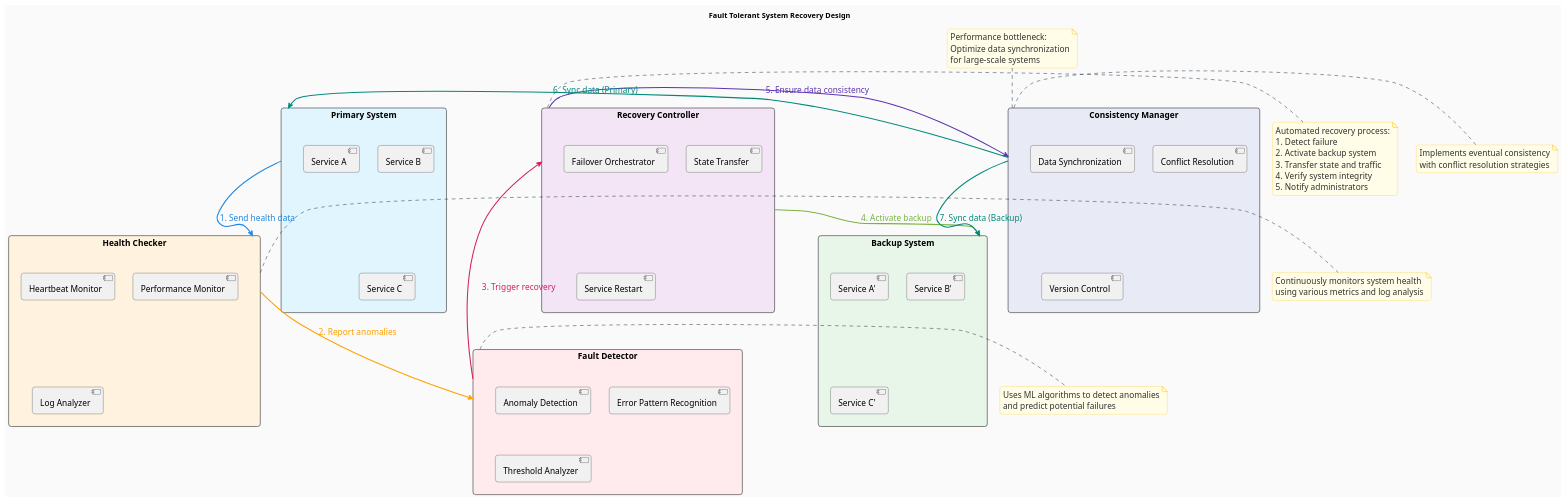
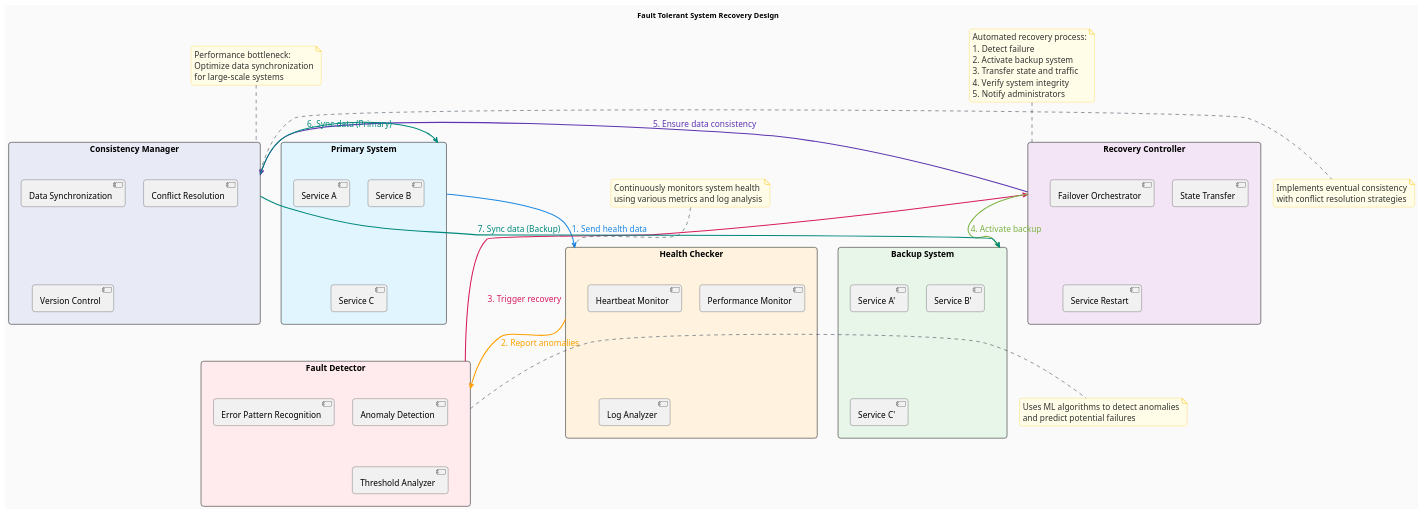
The diagram in fault_tolerant_and_high_availability_system_design.puml (huangyingw/system_design), drawn with PlantUML before and after one commit.

```diff
--- a/fault_tolerant_and_high_availability_system_design.puml
+++ b/fault_tolerant_and_high_availability_system_design.puml
@@ -1,106 +1,106 @@
 @startuml Fault Tolerant System Recovery Design
 
 allowmixing
 !pragma layout dot
 
 skinparam {
     backgroundColor #FAFAFA
     handwritten false
     defaultFontName Arial
     defaultFontSize 16
     roundcorner 10
     shadowing false
     ArrowColor #2C3E50
     ActorBorderColor #2C3E50
     LifeLineBorderColor #2C3E50
     LifeLineBackgroundColor #A9DCDF
     ParticipantBorderColor #2C3E50
     ParticipantBackgroundColor #A9DCDF
     ParticipantFontName Arial
     ParticipantFontSize 12
     ParticipantFontColor #2C3E50
     ActorBackgroundColor #A9DCDF
     ActorFontColor #2C3E50
     ActorFontSize 12
     ActorFontName Arial
     NoteFontName Arial
     NoteFontSize 16
     NoteFontColor #333333
     NoteBackgroundColor #FFFDE7
     NoteBorderColor #FFC107
 }
 
 title Fault Tolerant System Recovery Design
 
 rectangle "Primary System" as Primary #E1F5FE {
     component "Service A" as ServiceA
     component "Service B" as ServiceB
     component "Service C" as ServiceC
 }
 
 rectangle "Backup System" as Backup #E8F5E9 {
     component "Service A'" as ServiceA_Backup
     component "Service B'" as ServiceB_Backup
     component "Service C'" as ServiceC_Backup
 }
 
 rectangle "Health Checker" as HealthChecker #FFF3E0 {
     component "Heartbeat Monitor" as HeartbeatMonitor
     component "Performance Monitor" as PerformanceMonitor
     component "Log Analyzer" as LogAnalyzer
 }
 
 rectangle "Fault Detector" as FaultDetector #FFEBEE {
     component "Anomaly Detection" as AnomalyDetection
     component "Error Pattern Recognition" as ErrorPatternRecognition
     component "Threshold Analyzer" as ThresholdAnalyzer
 }
 
 rectangle "Consistency Manager" as ConsistencyManager #E8EAF6 {
     component "Data Synchronization" as DataSync
     component "Conflict Resolution" as ConflictResolution
     component "Version Control" as VersionControl
 }
 
 rectangle "Recovery Controller" as RecoveryController #F3E5F5 {
     component "Failover Orchestrator" as FailoverOrchestrator
     component "State Transfer" as StateTransfer
     component "Service Restart" as ServiceRestart
 }
 
 Primary -[#1E88E5,thickness=2]-> HealthChecker : <color:#1E88E5>1. Send health data
 HealthChecker -[#FFA000,thickness=2]-> FaultDetector : <color:#FFA000>2. Report anomalies
 FaultDetector -[#D81B60,thickness=2]-> RecoveryController : <color:#D81B60>3. Trigger recovery
 RecoveryController -[#7CB342,thickness=2]-> Backup : <color:#7CB342>4. Activate backup
 RecoveryController -[#5E35B1,thickness=2]-> ConsistencyManager : <color:#5E35B1>5. Ensure data consistency
 ConsistencyManager -[#00897B,thickness=2]-> Primary : <color:#00897B>6. Sync data (Primary)
 ConsistencyManager -[#00897B,thickness=2]-> Backup : <color:#00897B>7. Sync data (Backup)
 
-note right of HealthChecker
+note top of HealthChecker
   Continuously monitors system health
   using various metrics and log analysis
 end note
 
 note right of FaultDetector
   Uses ML algorithms to detect anomalies
   and predict potential failures
 end note
 
 note right of ConsistencyManager
   Implements eventual consistency
   with conflict resolution strategies
 end note
 
-note right of RecoveryController
+note top of RecoveryController
   Automated recovery process:
   1. Detect failure
   2. Activate backup system
   3. Transfer state and traffic
   4. Verify system integrity
   5. Notify administrators
 end note
 
 note "Performance bottleneck:\nOptimize data synchronization\nfor large-scale systems" as PerformanceNote
 PerformanceNote .. ConsistencyManager
 
 @enduml
```
